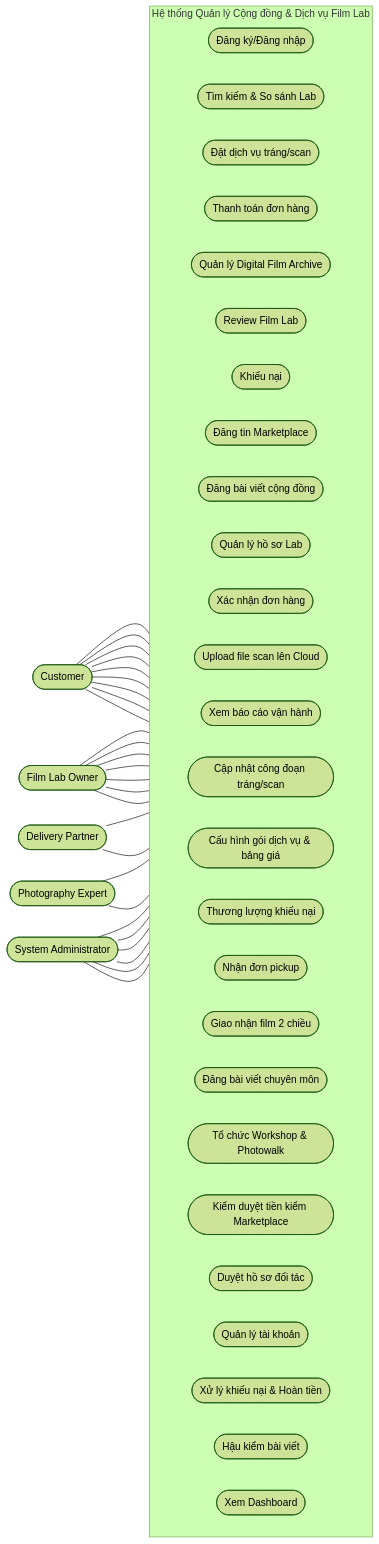
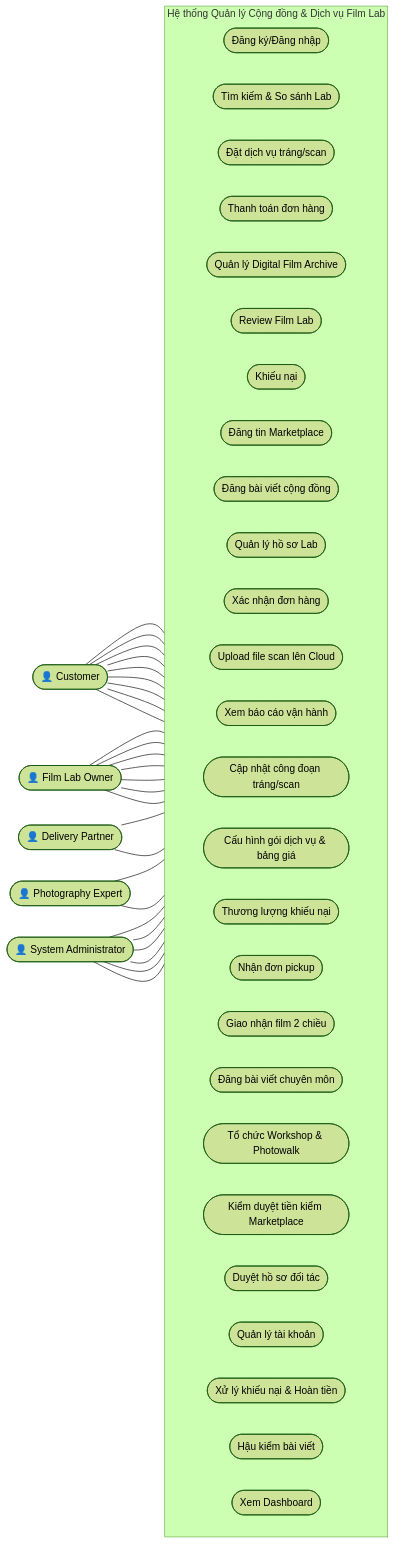
The first of 6 diagrams in doc/week 2/so-do-chuc-nang-nghiep-vu.md (huylamnhat/Photographer-enthusiastic-environment), drawn with Mermaid (forest theme) before and after one commit. The commit also changed other lines of this file, not shown here.

````diff
--- a/doc/week 2/so-do-chuc-nang-nghiep-vu.md
+++ b/doc/week 2/so-do-chuc-nang-nghiep-vu.md
@@ -7,50 +7,50 @@
 ```mermaid
 flowchart LR
 
-    CUS([" Customer"])
-    EXP([" Photography Expert"])
-    LAB([" Film Lab Owner"])
-    DEL([" Delivery Partner"])
-    ADM([" System Administrator"])
+    CUS(["👤 Customer"])
+    EXP(["👤 Photography Expert"])
+    LAB(["👤 Film Lab Owner"])
+    DEL(["👤 Delivery Partner"])
+    ADM(["👤 System Administrator"])
 
     subgraph SYS["Hệ thống Quản lý Cộng đồng & Dịch vụ Film Lab"]
         direction LR
         %% Customer
         C1(["Đăng ký/Đăng nhập"])
         C2(["Tìm kiếm & So sánh Lab"])
         C3(["Đặt dịch vụ tráng/scan"])
         C4(["Thanh toán đơn hàng"])
         C5(["Quản lý Digital Film Archive"])
         C6(["Review Film Lab"])
         C7(["Khiếu nại"])
         C8(["Đăng tin Marketplace"])
         C9(["Đăng bài viết cộng đồng"])
         %% Film Lab Owner
         L1(["Quản lý hồ sơ Lab"])
         L2(["Xác nhận đơn hàng"])
         L3(["Upload file scan lên Cloud"])
         L4(["Xem báo cáo vận hành"])
         L5(["Cập nhật công đoạn tráng/scan"])
         L6(["Cấu hình gói dịch vụ & bảng giá"])
         L7(["Thương lượng khiếu nại"])
         %% Delivery Partner
         D1(["Nhận đơn pickup"])
         D2(["Giao nhận film 2 chiều"])
         %% Photography Expert
         E1(["Đăng bài viết chuyên môn"])
         E2(["Tổ chức Workshop & Photowalk"])
         %% System Administrator
         A1(["Kiểm duyệt tiền kiểm Marketplace"])
         A2(["Duyệt hồ sơ đối tác"])
         A3(["Quản lý tài khoản"])
         A4(["Xử lý khiếu nại & Hoàn tiền"])
         A5(["Hậu kiểm bài viết"])
         A6(["Xem Dashboard"])
     end
 
     CUS --- C1 & C2 & C3 & C4 & C5 & C6 & C7 & C8 & C9
     LAB --- L1 & L2 & L3 & L4 & L5 & L6 & L7
     DEL --- D1 & D2
     EXP --- E1 & E2
     ADM --- A1 & A2 & A3 & A4 & A5 & A6
 ```
````
